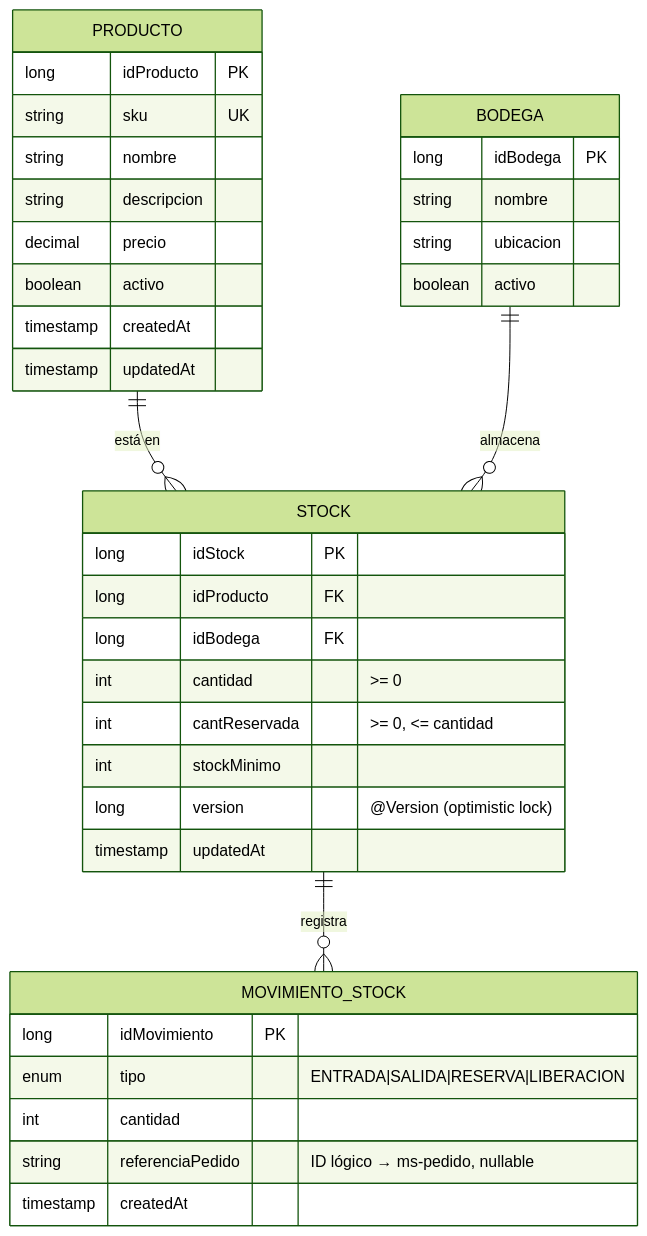
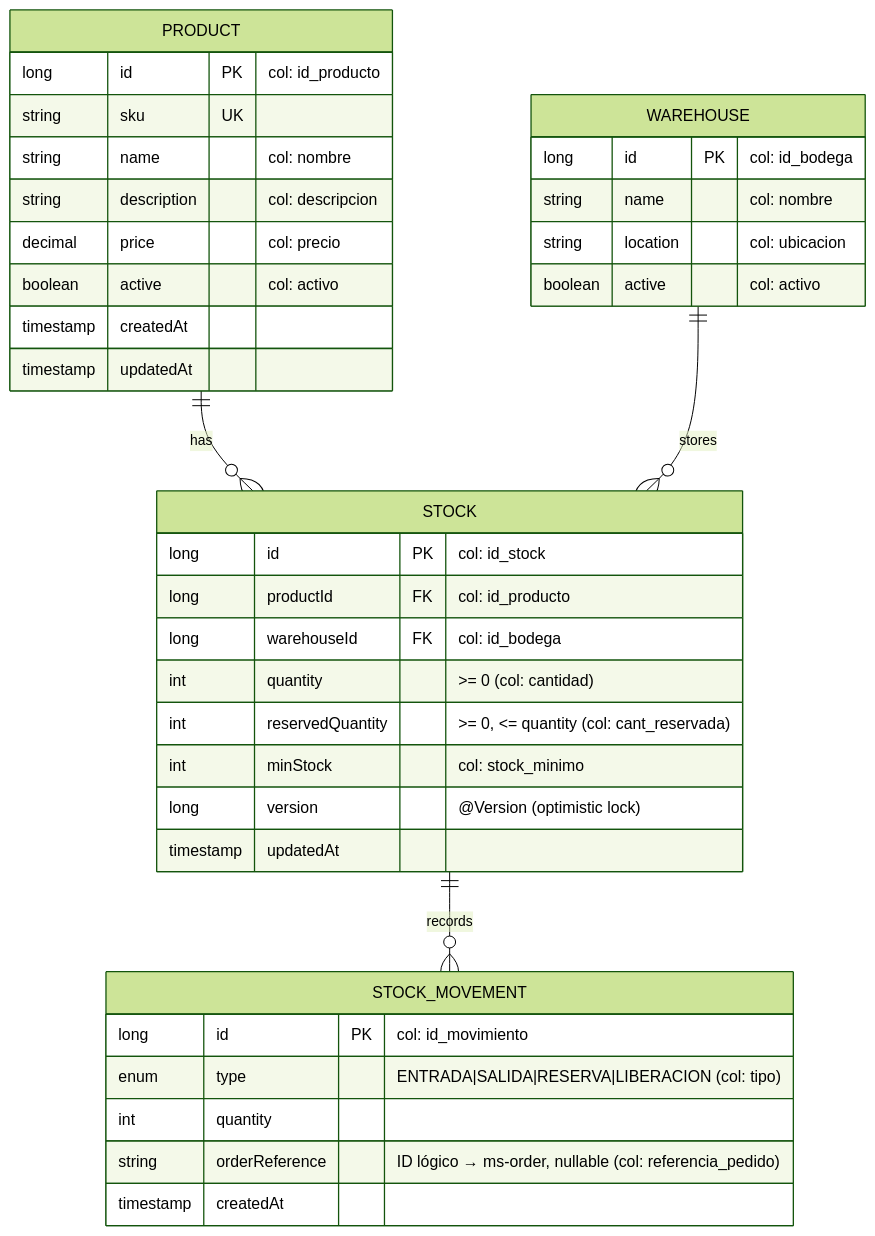
The first of 4 diagrams in backend/ms-inventory/README.md (smartLogixfs/smartlogixs), drawn with Mermaid (forest theme) before and after one commit. The commit also changed other lines of this file and 8 other files, not shown here.

````diff
--- a/backend/ms-inventory/README.md
+++ b/backend/ms-inventory/README.md
@@ -31,40 +49,40 @@
 ```mermaid
 erDiagram
-    PRODUCTO ||--o{ STOCK : "está en"
-    BODEGA ||--o{ STOCK : "almacena"
-    STOCK ||--o{ MOVIMIENTO_STOCK : "registra"
+    PRODUCT ||--o{ STOCK : "has"
+    WAREHOUSE ||--o{ STOCK : "stores"
+    STOCK ||--o{ STOCK_MOVEMENT : "records"
 
-    PRODUCTO {
-        long idProducto PK
+    PRODUCT {
+        long id PK "col: id_producto"
         string sku UK
-        string nombre
-        string descripcion
-        decimal precio
-        boolean activo
+        string name "col: nombre"
+        string description "col: descripcion"
+        decimal price "col: precio"
+        boolean active "col: activo"
         timestamp createdAt
         timestamp updatedAt
     }
-    BODEGA {
-        long idBodega PK
-        string nombre
-        string ubicacion
-        boolean activo
+    WAREHOUSE {
+        long id PK "col: id_bodega"
+        string name "col: nombre"
+        string location "col: ubicacion"
+        boolean active "col: activo"
     }
     STOCK {
-        long idStock PK
-        long idProducto FK
-        long idBodega FK
-        int cantidad ">= 0"
-        int cantReservada ">= 0, <= cantidad"
-        int stockMinimo
+        long id PK "col: id_stock"
+        long productId FK "col: id_producto"
+        long warehouseId FK "col: id_bodega"
+        int quantity ">= 0 (col: cantidad)"
+        int reservedQuantity ">= 0, <= quantity (col: cant_reservada)"
+        int minStock "col: stock_minimo"
         long version "@Version (optimistic lock)"
         timestamp updatedAt
     }
-    MOVIMIENTO_STOCK {
-        long idMovimiento PK
-        enum tipo "ENTRADA|SALIDA|RESERVA|LIBERACION"
-        int cantidad
-        string referenciaPedido "ID lógico → ms-pedido, nullable"
+    STOCK_MOVEMENT {
+        long id PK "col: id_movimiento"
+        enum type "ENTRADA|SALIDA|RESERVA|LIBERACION (col: tipo)"
+        int quantity
+        string orderReference "ID lógico → ms-order, nullable (col: referencia_pedido)"
         timestamp createdAt
     }
 ```
````
